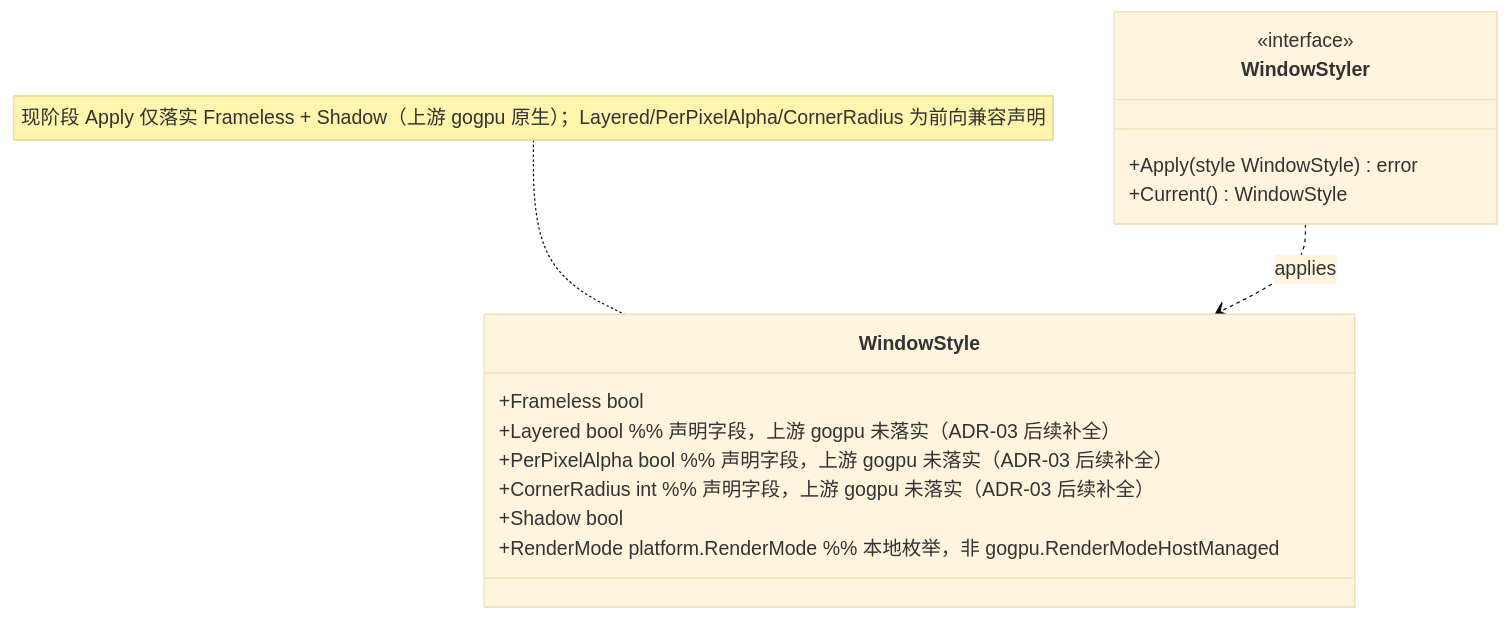
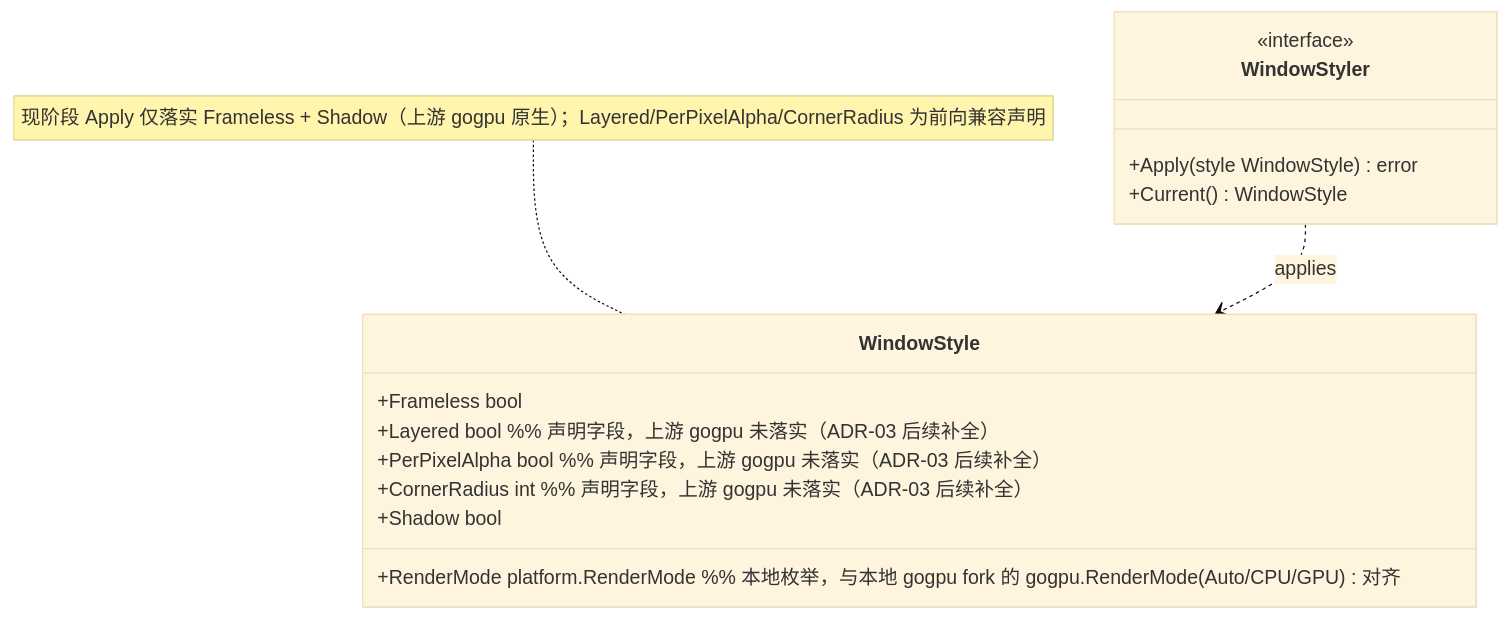
The first of 4 diagrams in docs/20-Platform/WindowStyle.md (shaolei/DeskCalendar), drawn with Mermaid (base theme) before and after one commit. The commit also changed other lines of this file and 14 other files, not shown here.

First line of the commit message:
docs(platform): clean RenderModeHostManaged dead token (S1) + add 3 pure-logic tests (S2)

````diff
--- a/docs/20-Platform/WindowStyle.md
+++ b/docs/20-Platform/WindowStyle.md
@@ -20,18 +20,18 @@
 ```mermaid
 classDiagram
     class WindowStyle {
         +Frameless bool
         +Layered bool  %% 声明字段，上游 gogpu 未落实（ADR-03 后续补全）
         +PerPixelAlpha bool  %% 声明字段，上游 gogpu 未落实（ADR-03 后续补全）
         +CornerRadius int  %% 声明字段，上游 gogpu 未落实（ADR-03 后续补全）
         +Shadow bool
-        +RenderMode platform.RenderMode  %% 本地枚举，非 gogpu.RenderModeHostManaged
+        +RenderMode platform.RenderMode  %% 本地枚举，与本地 gogpu fork 的 gogpu.RenderMode(Auto/CPU/GPU) 对齐
     }
     class WindowStyler {
         <<interface>>
         +Apply(style WindowStyle) error
         +Current() WindowStyle
     }
     WindowStyler ..> WindowStyle : applies
     note for WindowStyle "现阶段 Apply 仅落实 Frameless + Shadow（上游 gogpu 原生）；Layered/PerPixelAlpha/CornerRadius 为前向兼容声明"
 ```
````
